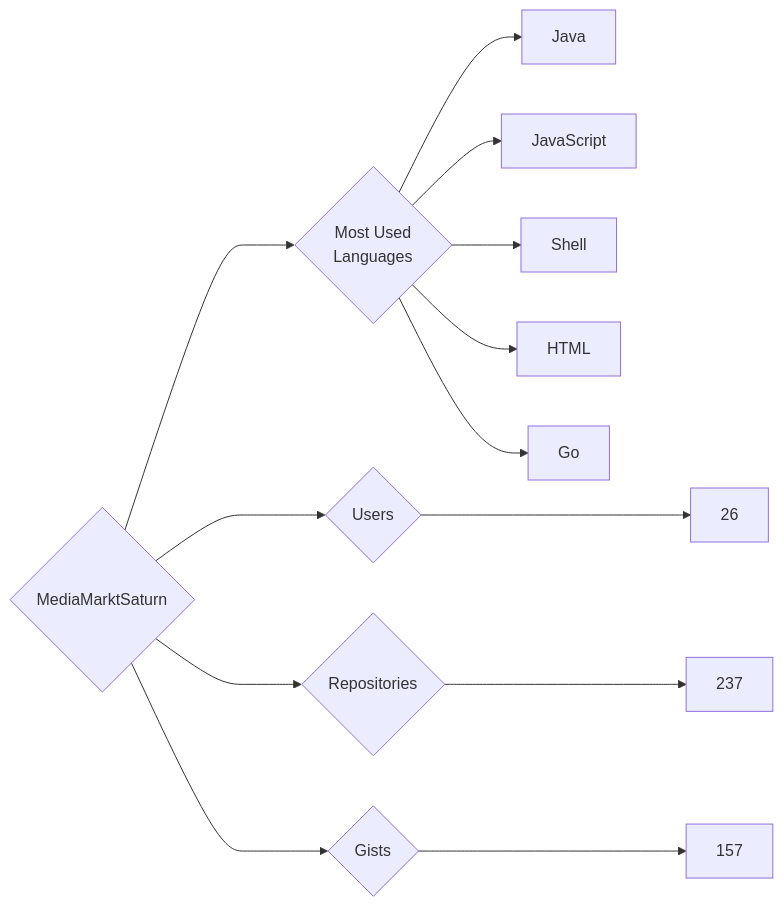
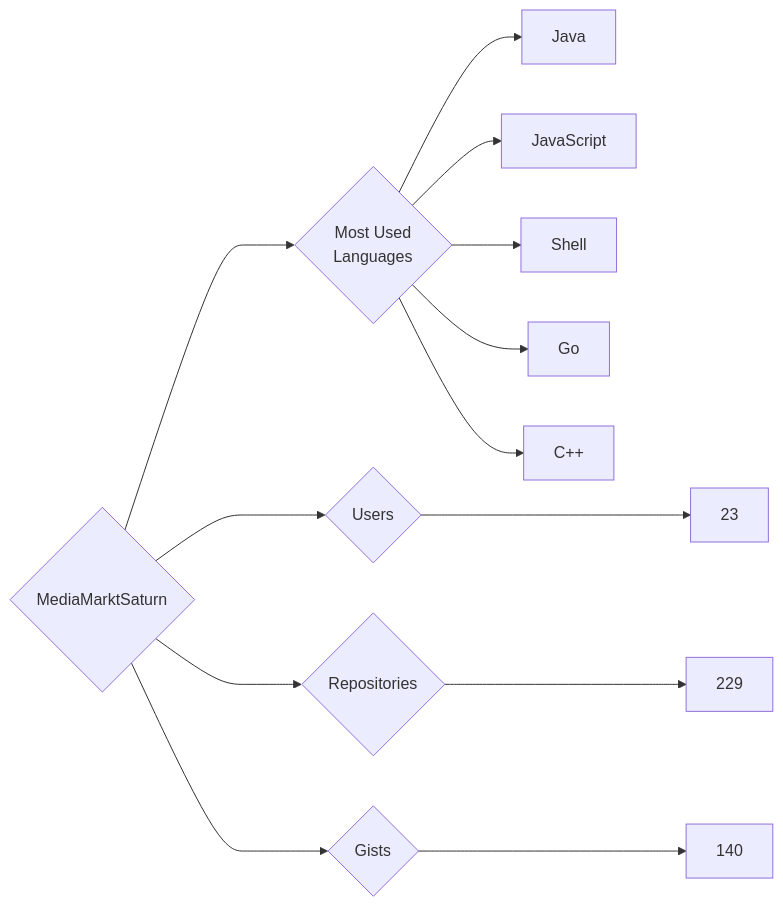
Before and after one commit to trickest/insiders: the diagram in targets/MediaMarktSaturn/README.md, drawn with Mermaid. The commit also changed 898 other files, not shown here.

````diff
--- a/targets/MediaMarktSaturn/README.md
+++ b/targets/MediaMarktSaturn/README.md
@@ -3,13 +3,13 @@
 ```mermaid
 graph LR
 COMPANY_NAME{MediaMarktSaturn}
-COMPANY_NAME ---> U{Users} ---> UN[26]
-COMPANY_NAME ---> R{Repositories} ---> RN[237]
-COMPANY_NAME ---> G{Gists} ---> GN[157]
+COMPANY_NAME ---> U{Users} ---> UN[23]
+COMPANY_NAME ---> R{Repositories} ---> RN[229]
+COMPANY_NAME ---> G{Gists} ---> GN[140]
 COMPANY_NAME ---> ML{Most Used<br>Languages}
 ML --> Java[Java]
 ML --> JavaScript[JavaScript]
 ML --> Shell[Shell]
-ML --> HTML[HTML]
 ML --> Go[Go]
+ML --> C++[C++]
 ```
````
